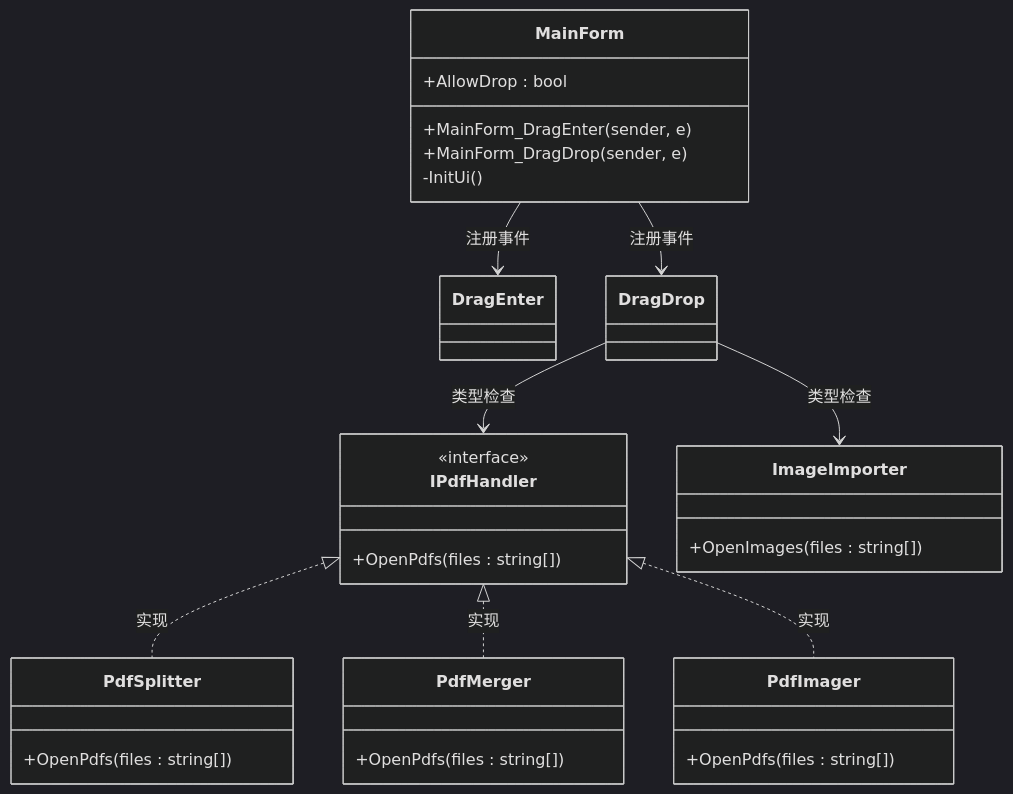
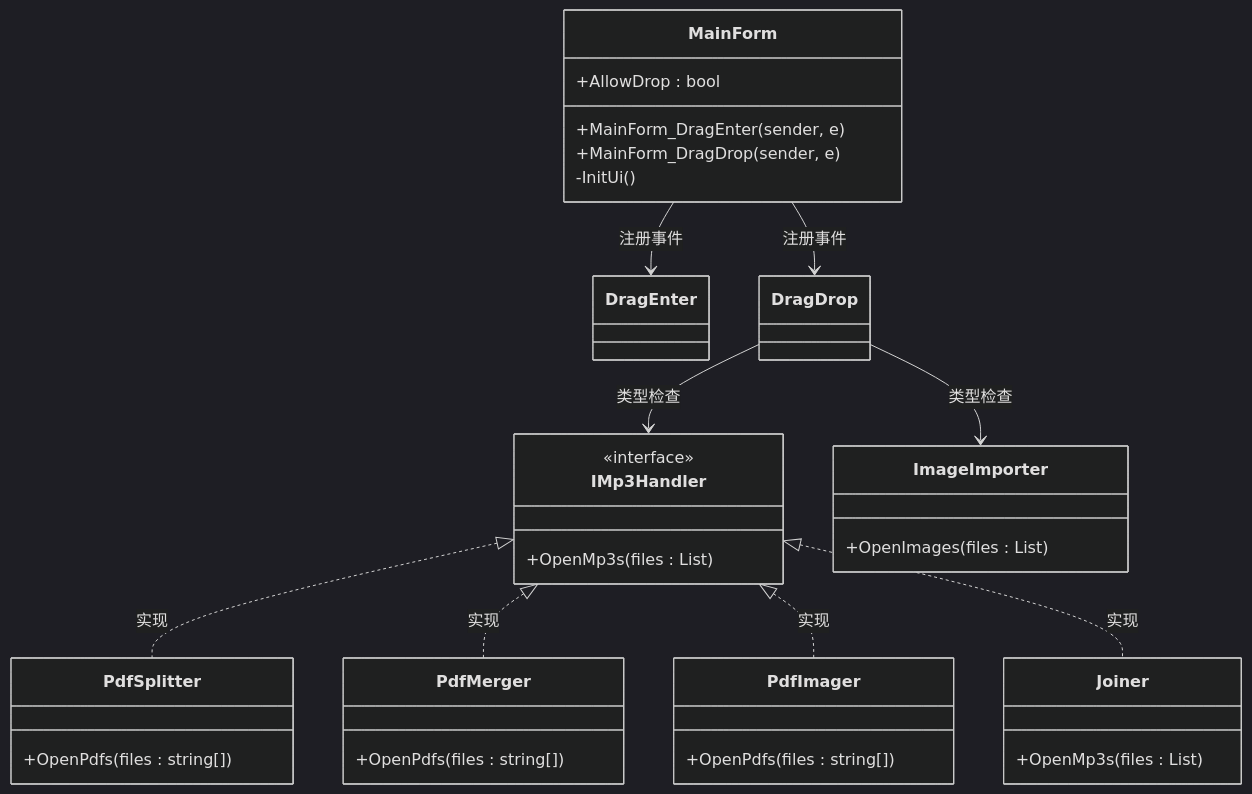
One commit to db300/PdfTool changed the second of 9 diagrams in .qoder/repowiki/zh/content/技术架构设计/核心组件/界面层/拖拽操作.md. Above: the diagram before and after it, drawn with Mermaid (dark theme). The commit also changed other lines of this file and 4 other files, not shown here.

````diff
--- a/.qoder/repowiki/zh/content/技术架构设计/核心组件/界面层/拖拽操作.md
+++ b/.qoder/repowiki/zh/content/技术架构设计/核心组件/界面层/拖拽操作.md
@@ -69,32 +83,36 @@
 ```mermaid
 classDiagram
 class MainForm {
 +AllowDrop : bool
 +MainForm_DragEnter(sender, e)
 +MainForm_DragDrop(sender, e)
 -InitUi()
 }
-class IPdfHandler {
+class IMp3Handler {
 <<interface>>
-+OpenPdfs(files : string[])
++OpenMp3s(files : List<string>)
 }
 class ImageImporter {
-+OpenImages(files : string[])
++OpenImages(files : List<string>)
 }
 class PdfSplitter {
 +OpenPdfs(files : string[])
 }
 class PdfMerger {
 +OpenPdfs(files : string[])
 }
 class PdfImager {
 +OpenPdfs(files : string[])
 }
+class Joiner {
++OpenMp3s(files : List<string>)
+}
 MainForm --> DragEnter : 注册事件
 MainForm --> DragDrop : 注册事件
-DragDrop --> IPdfHandler : 类型检查
+DragDrop --> IMp3Handler : 类型检查
 DragDrop --> ImageImporter : 类型检查
-IPdfHandler <|.. PdfSplitter : 实现
-IPdfHandler <|.. PdfMerger : 实现
-IPdfHandler <|.. PdfImager : 实现
+IMp3Handler <|.. PdfSplitter : 实现
+IMp3Handler <|.. PdfMerger : 实现
+IMp3Handler <|.. PdfImager : 实现
+IMp3Handler <|.. Joiner : 实现
 ```
````
